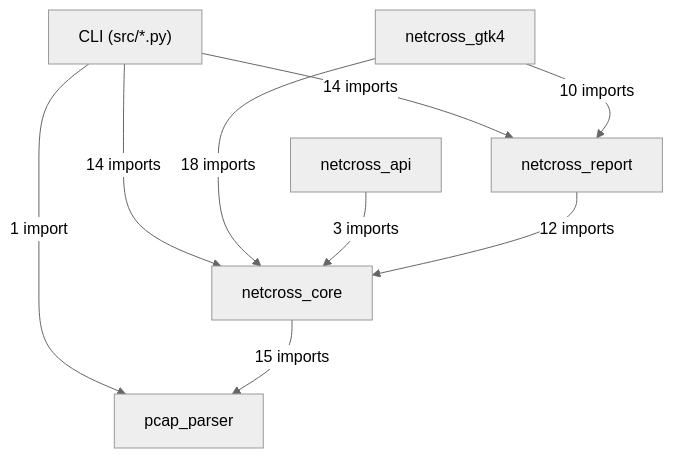
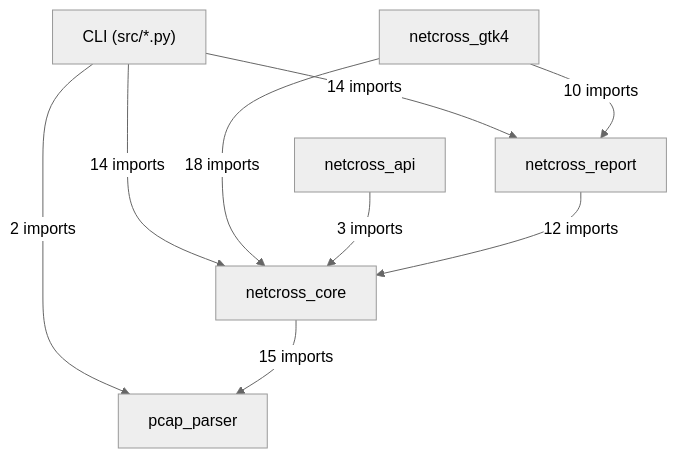
Before and after one commit to MathildeDec/Netcross: the first of 16 diagrams in docs/class-diagram.md, drawn with Mermaid (neutral theme). The commit also changed other lines of this file and 11 other files, not shown here.

````diff
--- a/docs/class-diagram.md
+++ b/docs/class-diagram.md
@@ -26,17 +26,17 @@
 ```mermaid
 flowchart TD
     CLI["CLI (src/*.py)"]
     netcross_gtk4["netcross_gtk4"]
     netcross_api["netcross_api"]
     netcross_report["netcross_report"]
     netcross_core["netcross_core"]
     pcap_parser["pcap_parser"]
     CLI -->|"14 imports"| netcross_report
     CLI -->|"14 imports"| netcross_core
-    CLI -->|"1 import"| pcap_parser
+    CLI -->|"2 imports"| pcap_parser
     netcross_gtk4 -->|"10 imports"| netcross_report
     netcross_gtk4 -->|"18 imports"| netcross_core
     netcross_api -->|"3 imports"| netcross_core
     netcross_report -->|"12 imports"| netcross_core
     netcross_core -->|"15 imports"| pcap_parser
 ```
````
